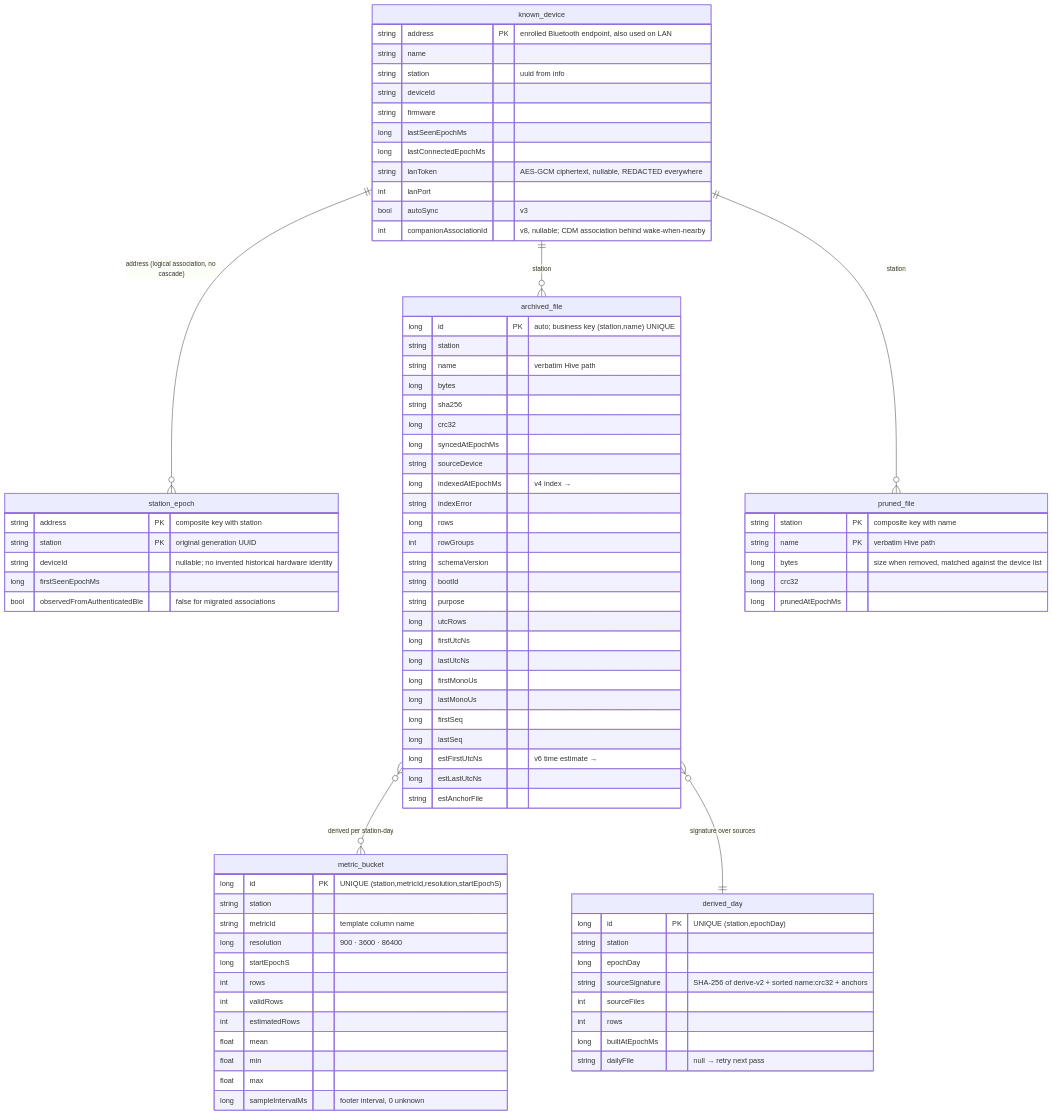
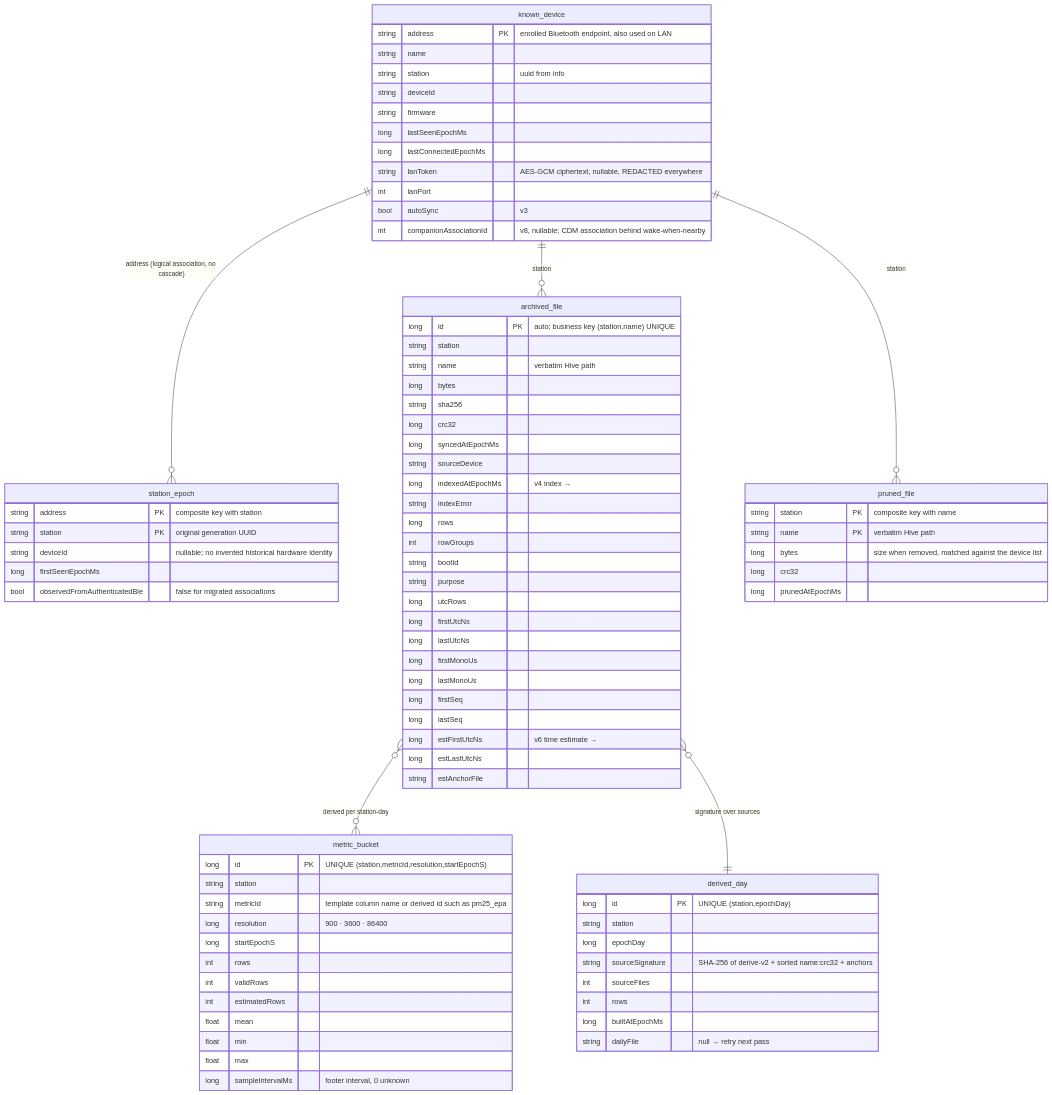
One commit to walkthru-earth/opensensor-space-mobile changed the first of 2 diagrams in docs/data-model.md. Above: the diagram before and after it, drawn with Mermaid. The commit also changed other lines of this file and 72 other files, not shown here.

```diff
--- a/docs/data-model.md
+++ b/docs/data-model.md
@@ -62,7 +62,6 @@
     string indexError
     long rows
     int rowGroups
-    string schemaVersion
     string bootId
     string purpose
     long utcRows
@@ -79,7 +78,7 @@
   metric_bucket {
     long id PK "UNIQUE (station,metricId,resolution,startEpochS)"
     string station
-    string metricId "template column name"
+    string metricId "template column name or derived id such as pm25_epa"
     long resolution "900 · 3600 · 86400"
     long startEpochS
     int rows
```
